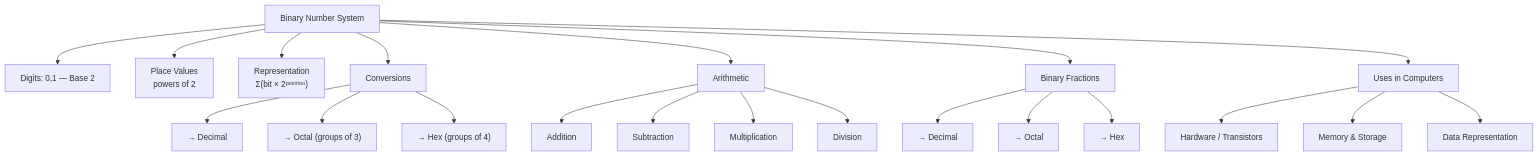
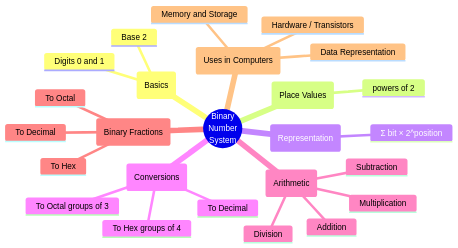
Diagram 12 of 12 in UNIT - 1/1. Number Systems/b) Binary Number System.md (mehrunnisaofficial/Computer-Organization-and-Architecture-), drawn with Mermaid before and after one commit. The commit also changed other lines of this file, not shown here.

Commit message:
Update b) Binary Number System.md

````diff
--- a/UNIT - 1/1. Number Systems/b) Binary Number System.md
+++ b/UNIT - 1/1. Number Systems/b) Binary Number System.md
@@ -619,27 +625,28 @@
 ```mermaid
-flowchart TD
-    Root["Binary Number System"] --> Basics["Digits: 0,1 — Base 2"]
-    Root --> PV["Place Values<br/>powers of 2"]
-    Root --> Rep["Representation<br/>Σ(bit × 2ᵖᵒˢⁱᵗⁱᵒⁿ)"]
-    Root --> Conv["Conversions"]
-    Root --> Arith["Arithmetic"]
-    Root --> Frac["Binary Fractions"]
-    Root --> Uses["Uses in Computers"]
-
-    Conv --> C1["→ Decimal"]
-    Conv --> C2["→ Octal (groups of 3)"]
-    Conv --> C3["→ Hex (groups of 4)"]
-
-    Arith --> A1["Addition"]
-    Arith --> A2["Subtraction"]
-    Arith --> A3["Multiplication"]
-    Arith --> A4["Division"]
-
-    Frac --> F1["→ Decimal"]
-    Frac --> F2["→ Octal"]
-    Frac --> F3["→ Hex"]
-
-    Uses --> U1["Hardware / Transistors"]
-    Uses --> U2["Memory & Storage"]
-    Uses --> U3["Data Representation"]
+mindmap
+  root((Binary<br/>Number<br/>System))
+    (Basics)
+      Digits 0 and 1
+      Base 2
+    (Place Values)
+      powers of 2
+    (Representation)
+      Σ bit × 2^position
+    (Conversions)
+      To Decimal
+      To Octal groups of 3
+      To Hex groups of 4
+    (Arithmetic)
+      Addition
+      Subtraction
+      Multiplication
+      Division
+    (Binary Fractions)
+      To Decimal
+      To Octal
+      To Hex
+    (Uses in Computers)
+      Hardware / Transistors
+      Memory and Storage
+      Data Representation
 ```
````
